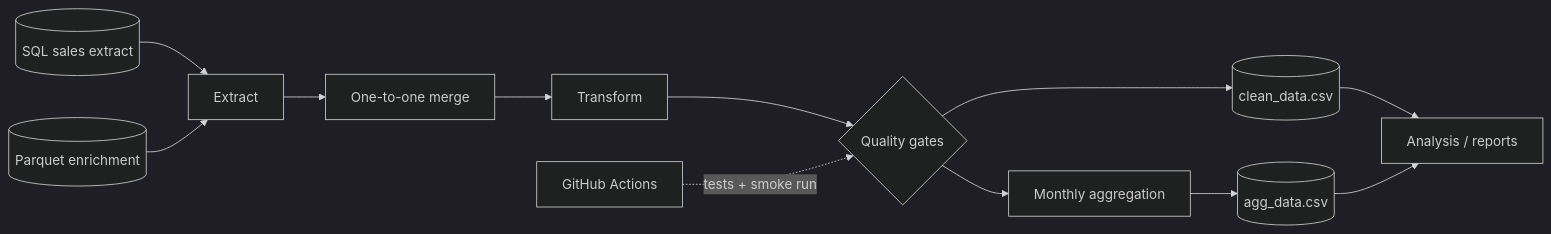
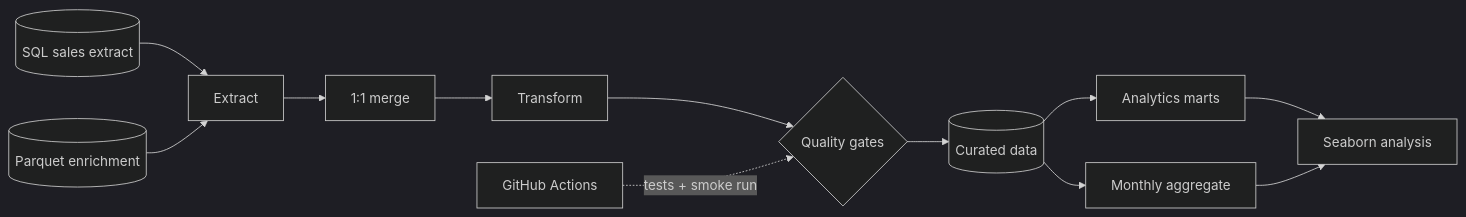
Before and after one commit to Danish-Mallick/walmart-ecommerce-sales-pipeline: the diagram in README.md, drawn with Mermaid (dark theme). The commit also changed other lines of this file and 16 other files, not shown here.

Commit message:
Add analytics marts, professional visualizations, and business analysis layer

````diff
--- a/README.md
+++ b/README.md
@@ -15,14 +17,14 @@
 ```mermaid
 flowchart LR
     A[(SQL sales extract)] --> C[Extract]
     B[(Parquet enrichment)] --> C
-    C --> D[One-to-one merge]
+    C --> D[1:1 merge]
     D --> E[Transform]
     E --> Q{Quality gates}
-    Q --> F[(clean_data.csv)]
-    Q --> G[Monthly aggregation]
-    G --> H[(agg_data.csv)]
-    F --> I[Analysis / reports]
-    H --> I
+    Q --> F[(Curated data)]
+    F --> G[Monthly aggregate]
+    F --> M[Analytics marts]
+    M --> V[Seaborn analysis]
+    G --> V
     CI[GitHub Actions] -. tests + smoke run .-> Q
 ```
````
